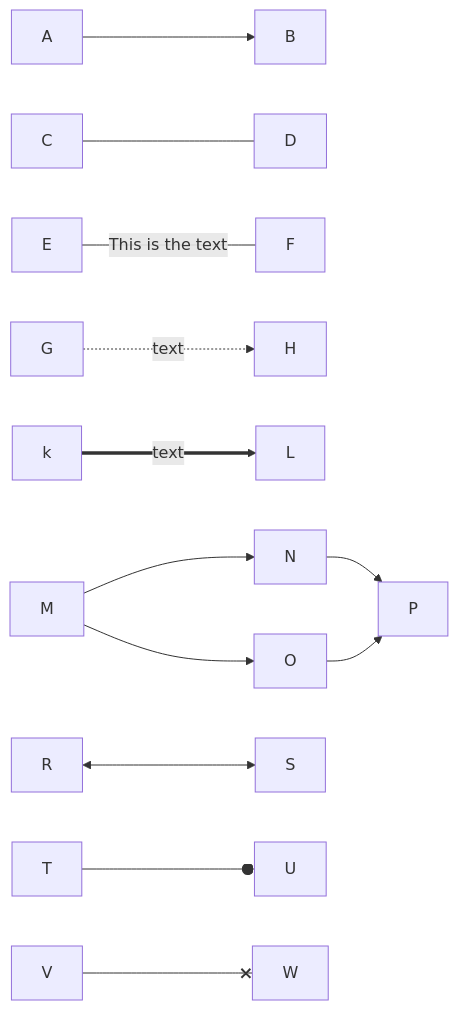
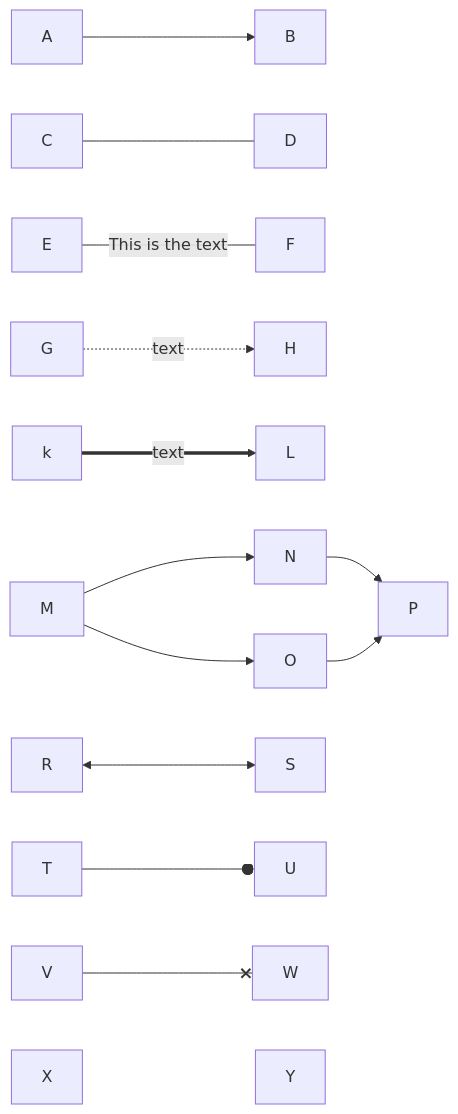
Before and after one commit to guZhouTingXue/guZhouTingXue.github.io: the sixth of 10 diagrams in src/工具/Flowchart.md, drawn with Mermaid. The commit also changed other lines of this file and 31 other files, not shown here.

````diff
--- a/src/工具/Flowchart.md
+++ b/src/工具/Flowchart.md
@@ -65,13 +100,14 @@
 ``` mermaid
 flowchart LR
 	A --> B 
 	C --- D 
 	E --- |This is the text| F
 	G -.-> |text| H
 	k ==> |text| L
 	M --> N & O --> P
 	R <--> S
     T --o U
     V --x W
+    X ~~~ Y
 
 ```
````
